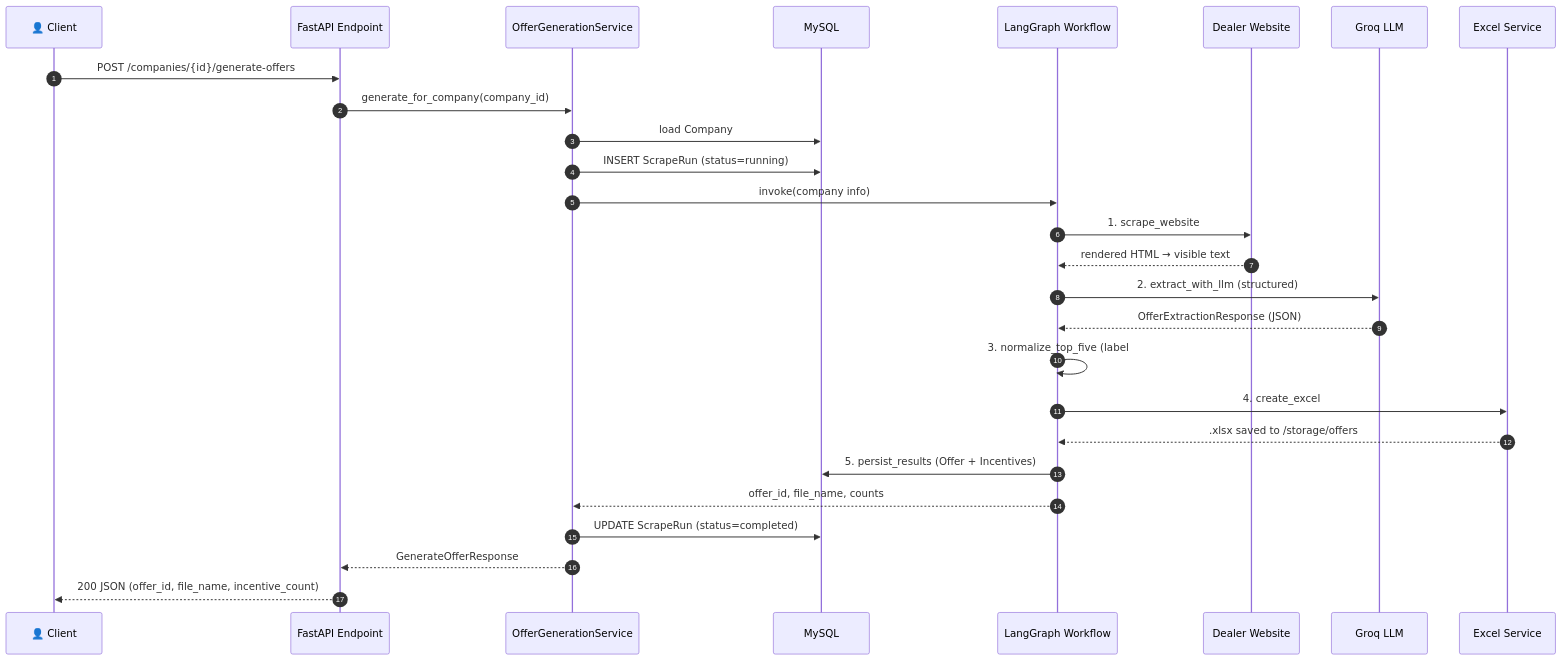
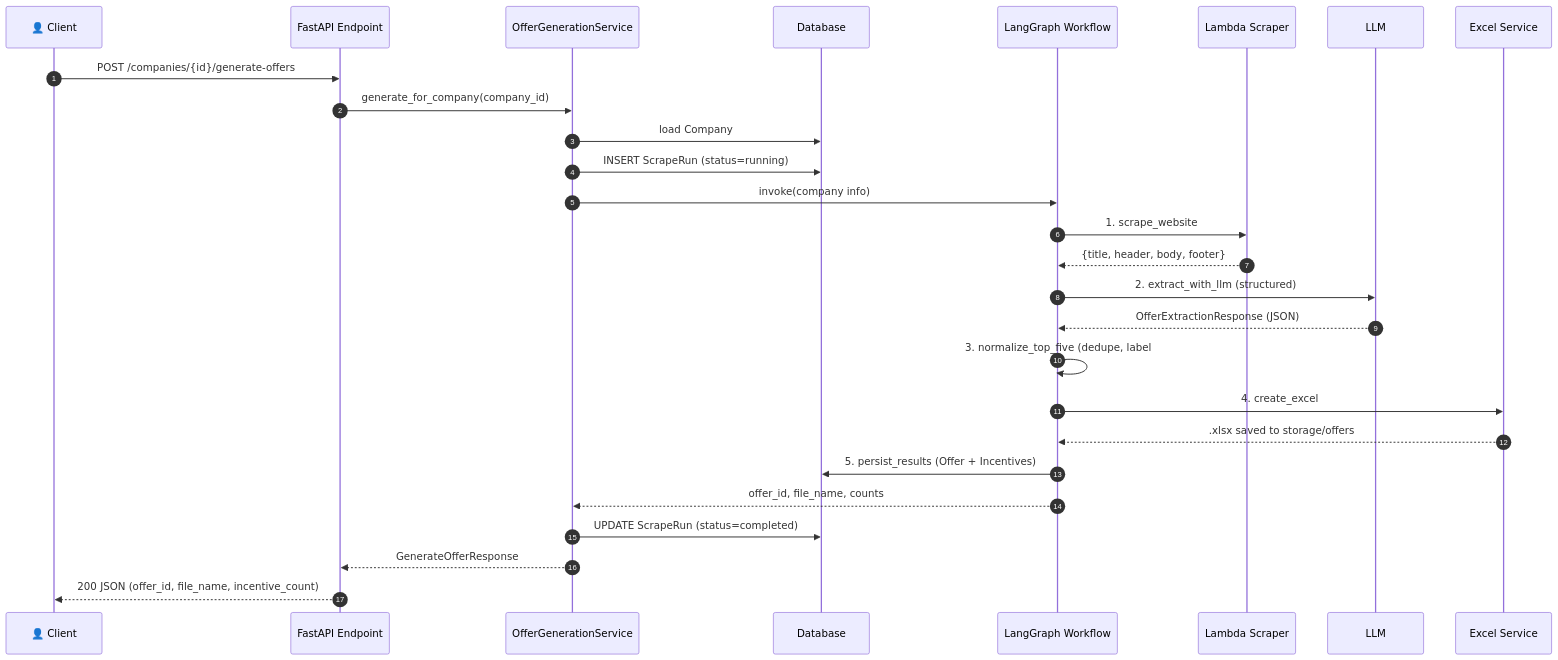
One commit to manoharkurukuri/vehicle-offers-backend changed the second of 7 diagrams in DEMO.md. Above: the diagram before and after it, drawn with Mermaid. The commit also changed other lines of this file and 6 other files, not shown here.

Commit message:
feat: integrate Google Gemini LLM for offer extraction and update configuration and changed groq to fallback model

````diff
--- a/DEMO.md
+++ b/DEMO.md
@@ -123,32 +60,32 @@
 ```mermaid
 sequenceDiagram
     autonumber
     participant U as 👤 Client
     participant API as FastAPI Endpoint
     participant SVC as OfferGenerationService
-    participant DB as MySQL
+    participant DB as Database
     participant WF as LangGraph Workflow
-    participant WEB as Dealer Website
-    participant LLM as Groq LLM
+    participant LAM as Lambda Scraper
+    participant LLM as LLM
     participant XL as Excel Service
 
     U->>API: POST /companies/{id}/generate-offers
     API->>SVC: generate_for_company(company_id)
     SVC->>DB: load Company
     SVC->>DB: INSERT ScrapeRun (status=running)
 
     SVC->>WF: invoke(company info)
-    WF->>WEB: 1. scrape_website
-    WEB-->>WF: rendered HTML → visible text
+    WF->>LAM: 1. scrape_website
+    LAM-->>WF: {title, header, body, footer}
     WF->>LLM: 2. extract_with_llm (structured)
     LLM-->>WF: OfferExtractionResponse (JSON)
-    WF->>WF: 3. normalize_top_five (label #1..#5)
+    WF->>WF: 3. normalize_top_five (dedupe, label #1..#5)
     WF->>XL: 4. create_excel
-    XL-->>WF: .xlsx saved to /storage/offers
+    XL-->>WF: .xlsx saved to storage/offers
     WF->>DB: 5. persist_results (Offer + Incentives)
     WF-->>SVC: offer_id, file_name, counts
 
     SVC->>DB: UPDATE ScrapeRun (status=completed)
     SVC-->>API: GenerateOfferResponse
     API-->>U: 200 JSON (offer_id, file_name, incentive_count)
 ```
````
